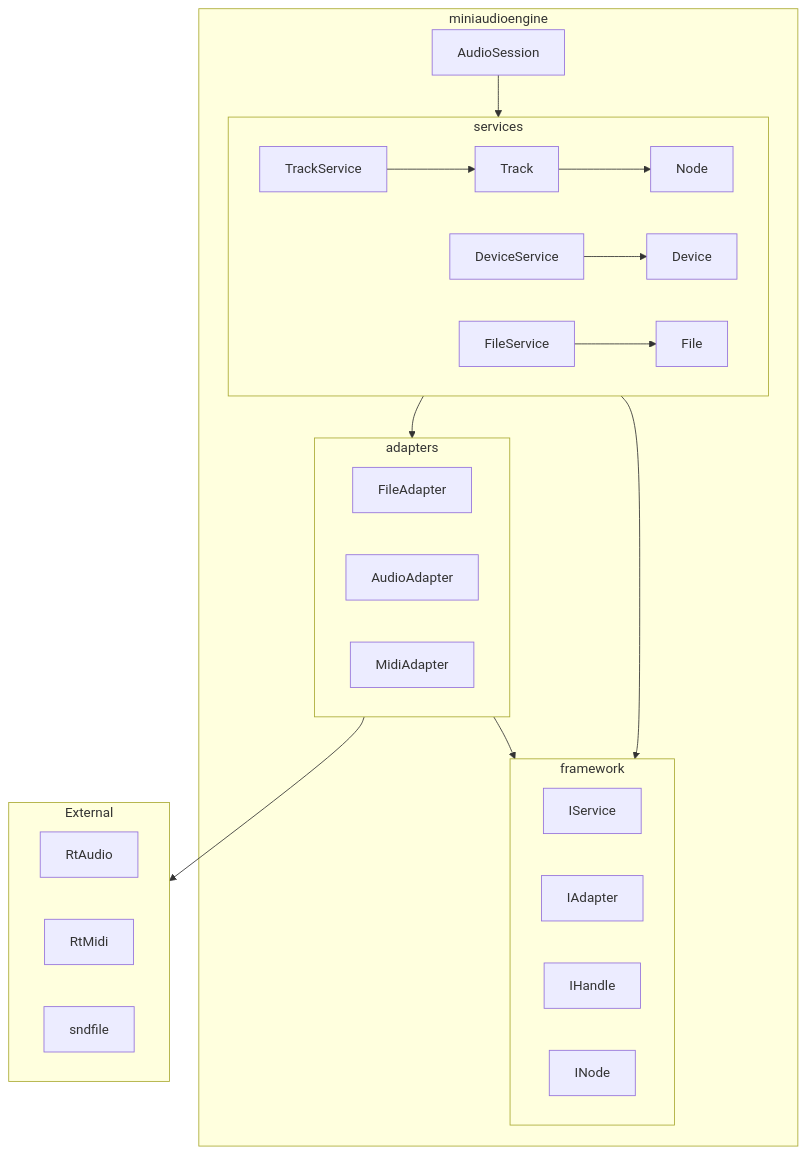
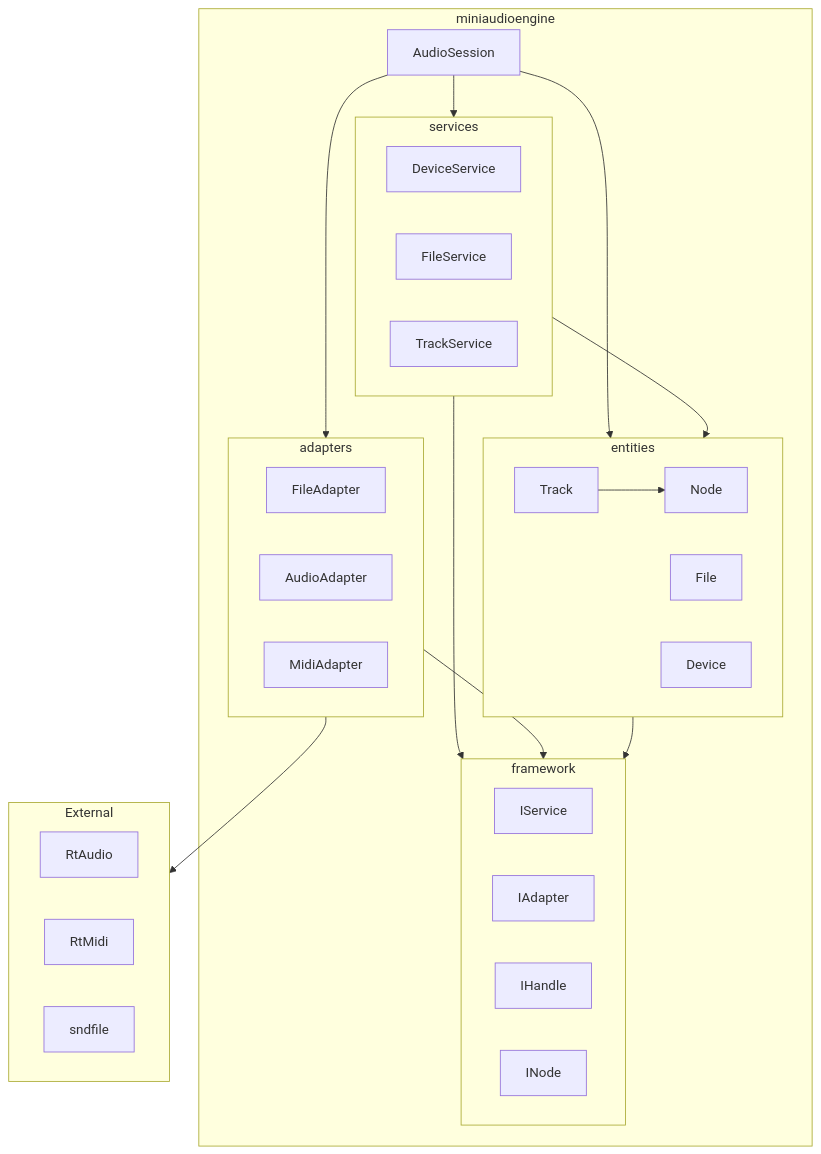
Diagram 16 of 21 in docs/DESIGN_DOC.md (aidan-clyens/miniaudioengine), drawn with Mermaid before and after one commit. The commit also changed other lines of this file and 1 other file, not shown here.

````diff
--- a/docs/DESIGN_DOC.md
+++ b/docs/DESIGN_DOC.md
@@ -587,49 +729,52 @@
 ```mermaid
 graph TD
     subgraph miniaudioengine
 
         AudioSession
 
         subgraph framework
             IService
             IAdapter
             IHandle
             INode
         end
 
         subgraph services
             DeviceService
             FileService
             TrackService
-            Track
-            Node
-            File
-            Device
         end
 
         subgraph adapters
             FileAdapter
             AudioAdapter
             MidiAdapter
+        end
+
+        subgraph entities
+            Track
+            Node
+            File
+            Device
         end
 
     end
 
     subgraph External
         RtAudio
         RtMidi
         sndfile
     end
 
     AudioSession --> services
+    AudioSession --> entities
+    AudioSession --> adapters
 
-    TrackService --> Track
     Track --> Node
-    DeviceService --> Device
-    FileService --> File
 
-    services --> adapters
+    services --> entities
     adapters --> External
     services --> framework
     adapters --> framework
+    entities --> framework
 ```
````
